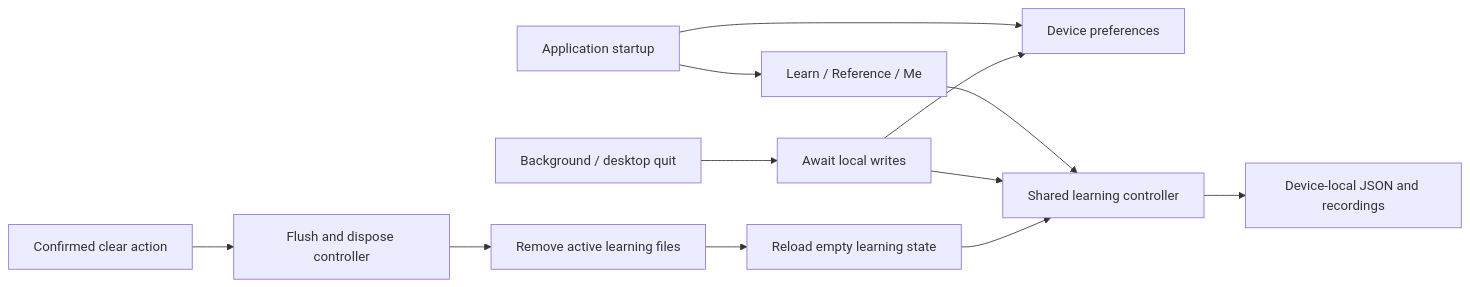
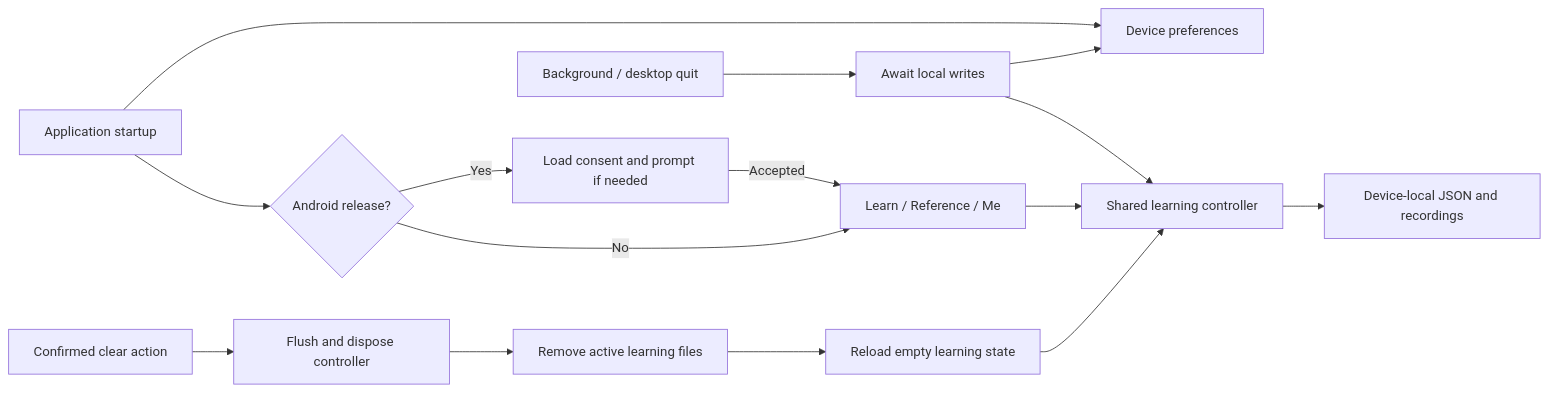
The diagram in doc/architecture/OFFLINE_LEARNING.md (agentx-icu/morsecq), drawn with Mermaid before and after one commit. The commit also changed other lines of this file and 72 other files, not shown here.

````diff
--- a/doc/architecture/OFFLINE_LEARNING.md
+++ b/doc/architecture/OFFLINE_LEARNING.md
@@ -7,14 +7,17 @@
 ```mermaid
 flowchart LR
   Main[Application startup] --> Settings[Device preferences]
-  Main --> Shell[Learn / Reference / Me]
+  Main --> Android{Android release?}
+  Android -->|Yes| Consent[Load consent and prompt if needed]
+  Consent -->|Accepted| Shell[Learn / Reference / Me]
+  Android -->|No| Shell
   Shell --> Host[Shared learning controller]
   Host --> Local[Device-local JSON and recordings]
   Lifecycle[Background / desktop quit] --> Flush[Await local writes]
   Flush --> Settings
   Flush --> Host
   Clear[Confirmed clear action] --> Retire[Flush and dispose controller]
   Retire --> Delete[Remove active learning files]
   Delete --> Reload[Reload empty learning state]
   Reload --> Host
 ```
````
